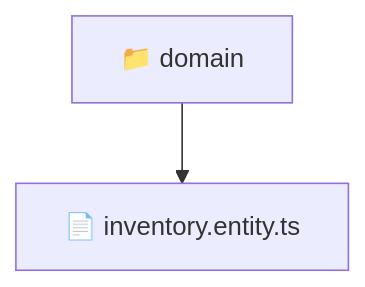
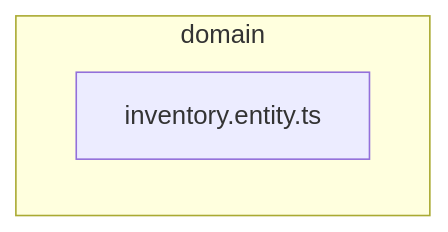
The diagram in backend/src/modules/inventory/domain/README.md (beginwebdev2002/fullstack-mavluda), drawn with Mermaid before and after one commit. The commit also changed other lines of this file and 163 other files, not shown here.

````diff
--- a/backend/src/modules/inventory/domain/README.md
+++ b/backend/src/modules/inventory/domain/README.md
@@ -9,5 +15,6 @@
 ```mermaid
 graph TD
-  Root["📁 domain"]
-  Root --> inventory_entity_ts["📄 inventory.entity.ts"]
+  subgraph domain
+    inventory_entity_ts["inventory.entity.ts"]
+  end
 ```
````
